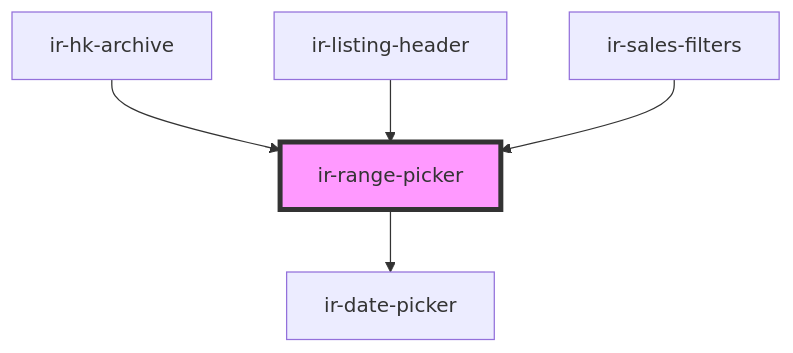
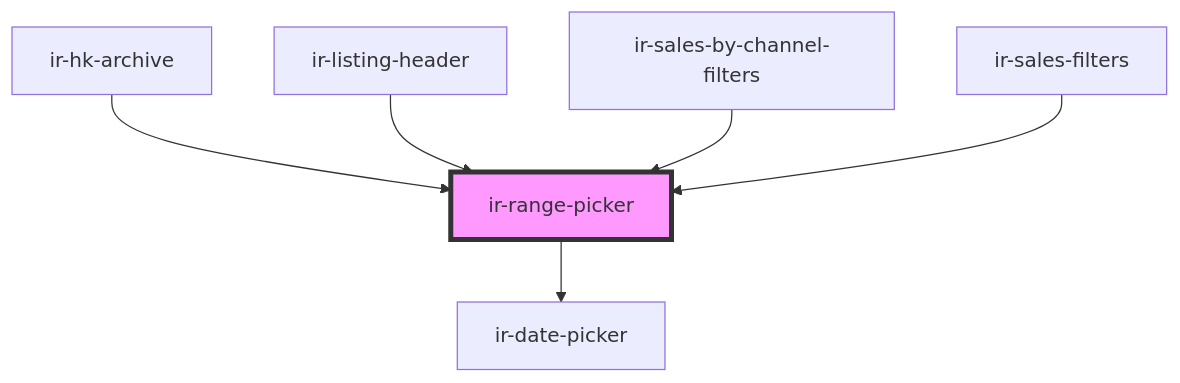
One commit to David1Chowaifaty/modified-ir-webcmp changed the diagram in src/components/ir-housekeeping/ir-hk-tasks/ir-hk-archive/ir-range-picker/readme.md. Above: the diagram before and after it, drawn with Mermaid. The commit also changed other lines of this file and 50 other files, not shown here.

````diff
--- a/src/components/ir-housekeeping/ir-hk-tasks/ir-hk-archive/ir-range-picker/readme.md
+++ b/src/components/ir-housekeeping/ir-hk-tasks/ir-hk-archive/ir-range-picker/readme.md
@@ -40,8 +41,9 @@
 ```mermaid
 graph TD;
   ir-range-picker --> ir-date-picker
   ir-hk-archive --> ir-range-picker
   ir-listing-header --> ir-range-picker
+  ir-sales-by-channel-filters --> ir-range-picker
   ir-sales-filters --> ir-range-picker
   style ir-range-picker fill:#f9f,stroke:#333,stroke-width:4px
 ```
````
